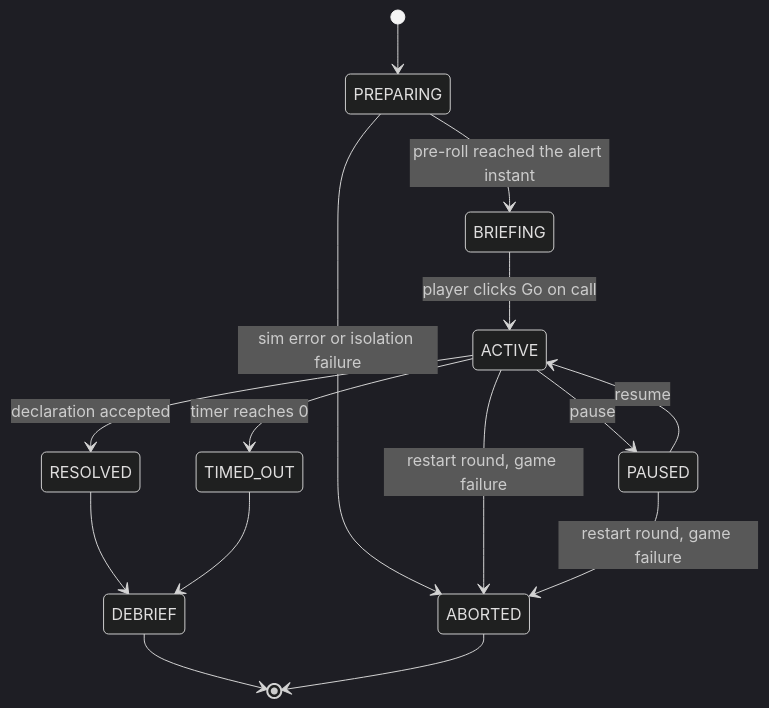
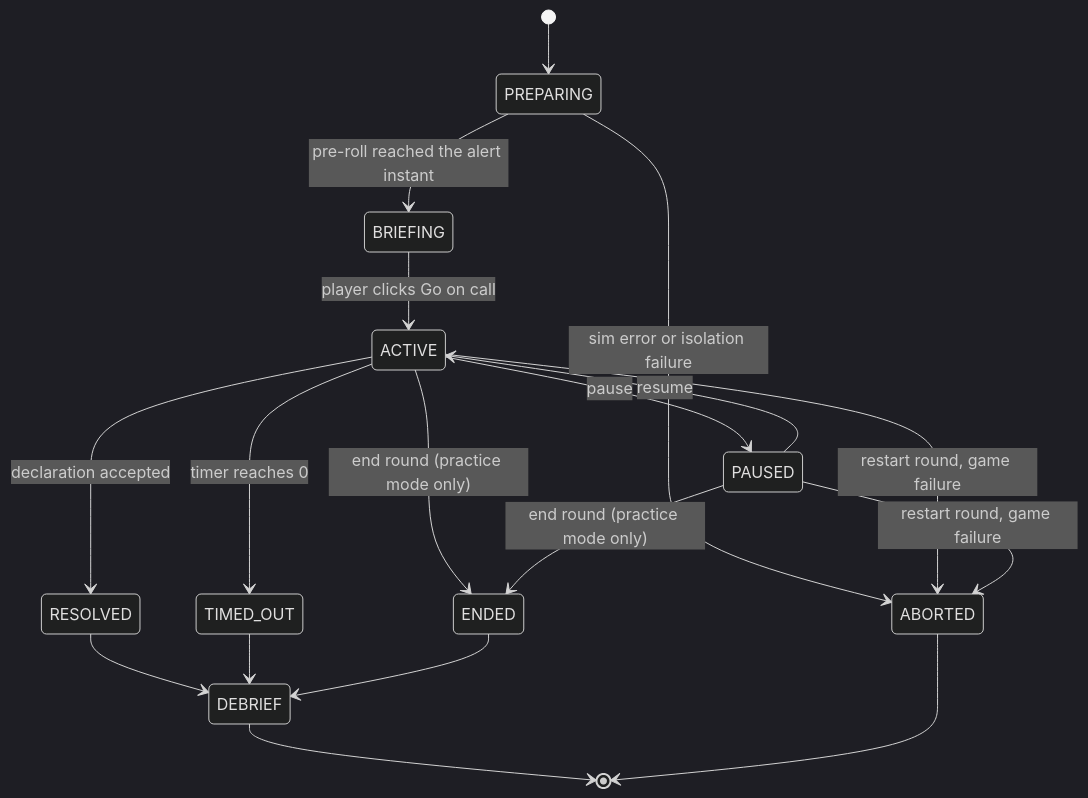
The third of 3 diagrams in docs/technical-design-document.md (tylermac92/incident-escape-room), drawn with Mermaid (dark theme) before and after one commit. The commit also changed other lines of this file and 1 other file, not shown here.

````diff
--- a/docs/technical-design-document.md
+++ b/docs/technical-design-document.md
@@ -421,17 +421,20 @@
 ```mermaid
 stateDiagram-v2
   [*] --> PREPARING
   PREPARING --> BRIEFING: pre-roll reached the alert instant
   PREPARING --> ABORTED: sim error or isolation failure
   BRIEFING --> ACTIVE: player clicks Go on call
   ACTIVE --> PAUSED: pause
   PAUSED --> ACTIVE: resume
   ACTIVE --> RESOLVED: declaration accepted
   ACTIVE --> TIMED_OUT: timer reaches 0
+  ACTIVE --> ENDED: end round (practice mode only)
+  PAUSED --> ENDED: end round (practice mode only)
   ACTIVE --> ABORTED: restart round, game failure
   PAUSED --> ABORTED: restart round, game failure
   RESOLVED --> DEBRIEF
   TIMED_OUT --> DEBRIEF
+  ENDED --> DEBRIEF
   DEBRIEF --> [*]
   ABORTED --> [*]
 ```
````
